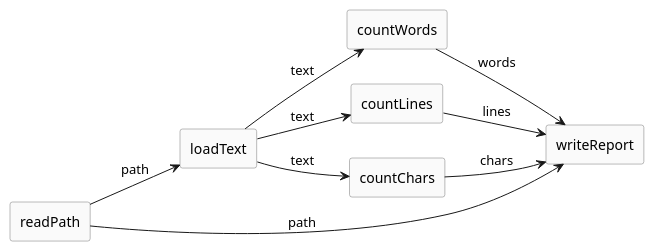
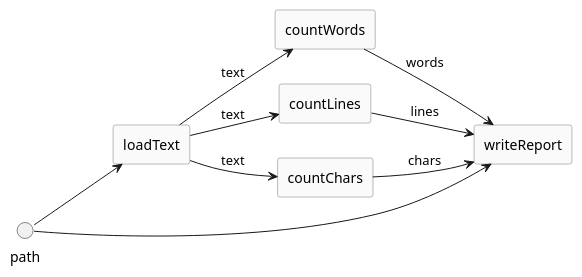
Before and after one commit to keeganwitt/groovy-website: the diagram in site/src/site/blog/groovy6-functional.adoc, drawn with PlantUML. The commit also changed other lines of this file, not shown here.

```diff
--- a/site/src/site/blog/groovy6-functional.adoc
+++ b/site/src/site/blog/groovy6-functional.adoc
@@ -707,28 +751,28 @@
 [plantuml,WordCount,svg]
 ----
 @startuml WordCount
 left to right direction
 skinparam shadowing false
 skinparam componentStyle rectangle
 skinparam component {
   BackgroundColor #FAFAFA
   BorderColor #777777
 }
 
-component "readPath" as readPath
 component "loadText" as loadText
 component "countWords" as countWords
 component "countLines" as countLines
 component "countChars" as countChars
 component "writeReport" as writeReport
 
-readPath --> loadText : path
+() "path" as in_path
+in_path --> loadText
 loadText --> countWords : text
 loadText --> countLines : text
 loadText --> countChars : text
-readPath --> writeReport : path
+in_path --> writeReport
 countWords --> writeReport : words
 countLines --> writeReport : lines
 countChars --> writeReport : chars
 @enduml
 ----
```
